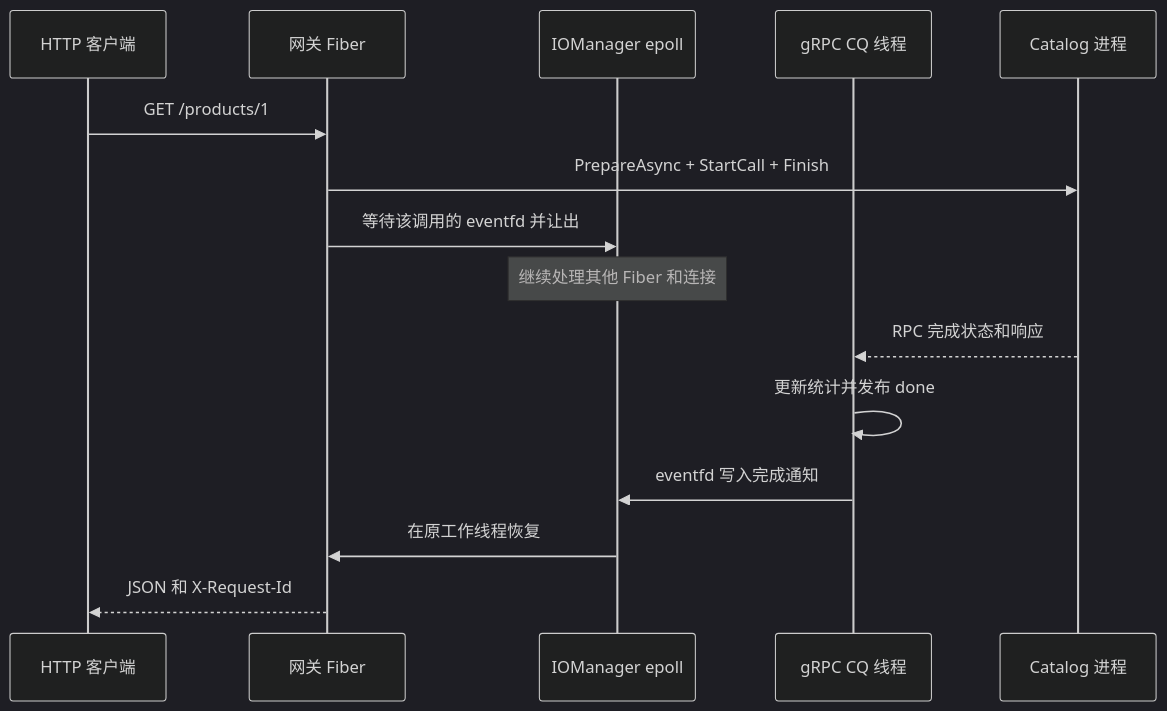
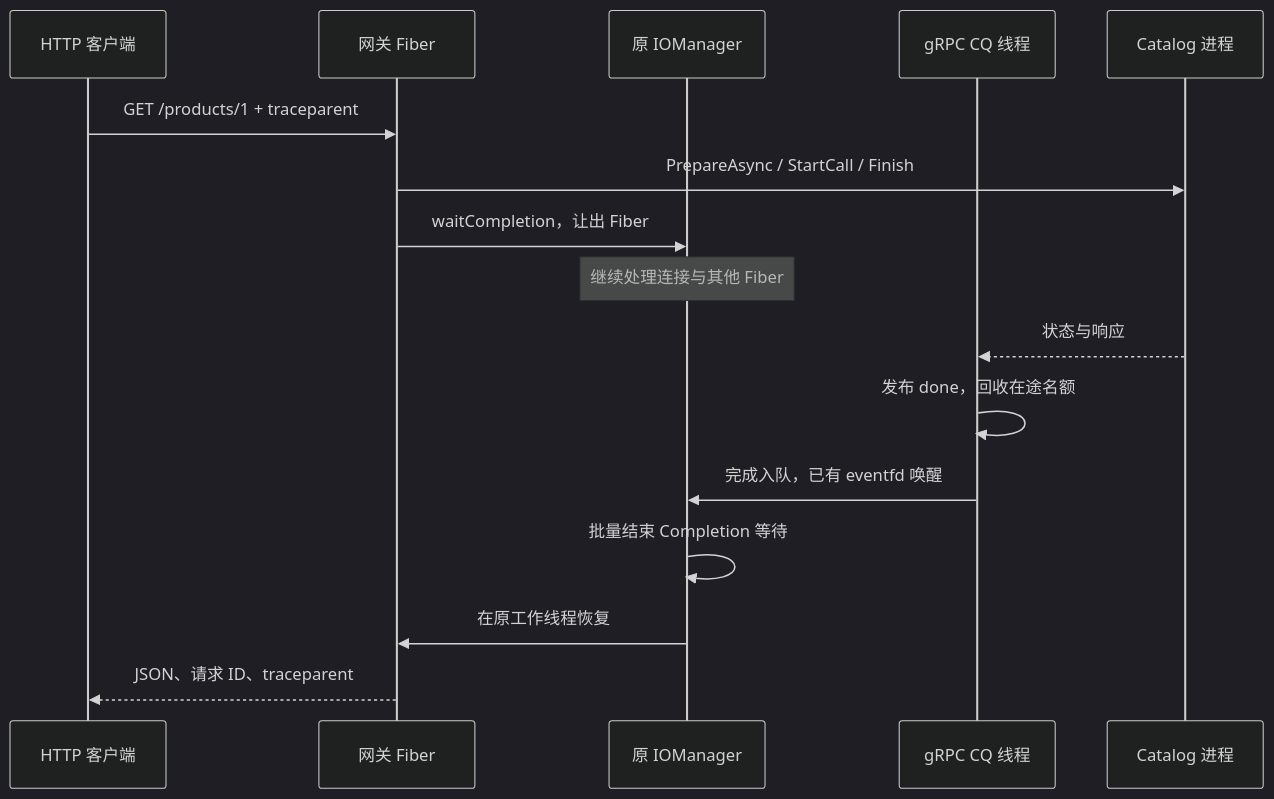
Before and after one commit to VioletAir5/sylar: the diagram in docs/grpc.md, drawn with Mermaid (dark theme). The commit also changed other lines of this file and 10 other files, not shown here.

````diff
--- a/docs/grpc.md
+++ b/docs/grpc.md
@@ -20,17 +24,18 @@
 ```mermaid
 sequenceDiagram
     participant H as HTTP 客户端
     participant F as 网关 Fiber
-    participant E as IOManager epoll
+    participant I as 原 IOManager
     participant C as gRPC CQ 线程
     participant S as Catalog 进程
-    H->>F: GET /products/1
-    F->>S: PrepareAsync + StartCall + Finish
-    F->>E: 等待该调用的 eventfd 并让出
-    Note over E: 继续处理其他 Fiber 和连接
-    S-->>C: RPC 完成状态和响应
-    C->>C: 更新统计并发布 done
-    C->>E: eventfd 写入完成通知
-    E->>F: 在原工作线程恢复
-    F-->>H: JSON 和 X-Request-Id
+    H->>F: GET /products/1 + traceparent
+    F->>S: PrepareAsync / StartCall / Finish
+    F->>I: waitCompletion，让出 Fiber
+    Note over I: 继续处理连接与其他 Fiber
+    S-->>C: 状态与响应
+    C->>C: 发布 done，回收在途名额
+    C->>I: 完成入队，已有 eventfd 唤醒
+    I->>I: 批量结束 Completion 等待
+    I->>F: 在原工作线程恢复
+    F-->>H: JSON、请求 ID、traceparent
 ```
````
